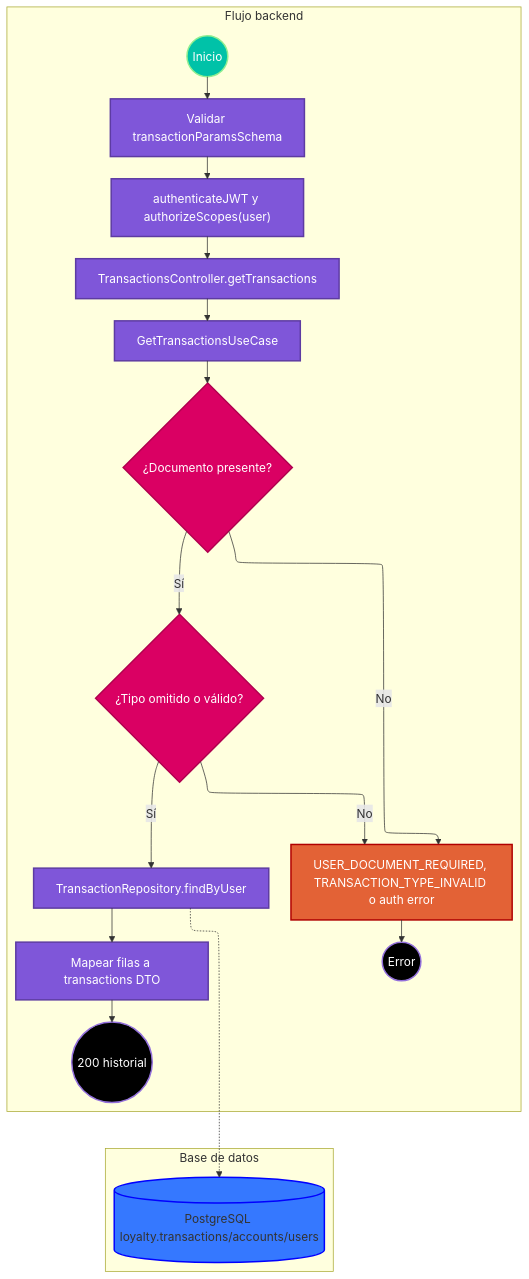
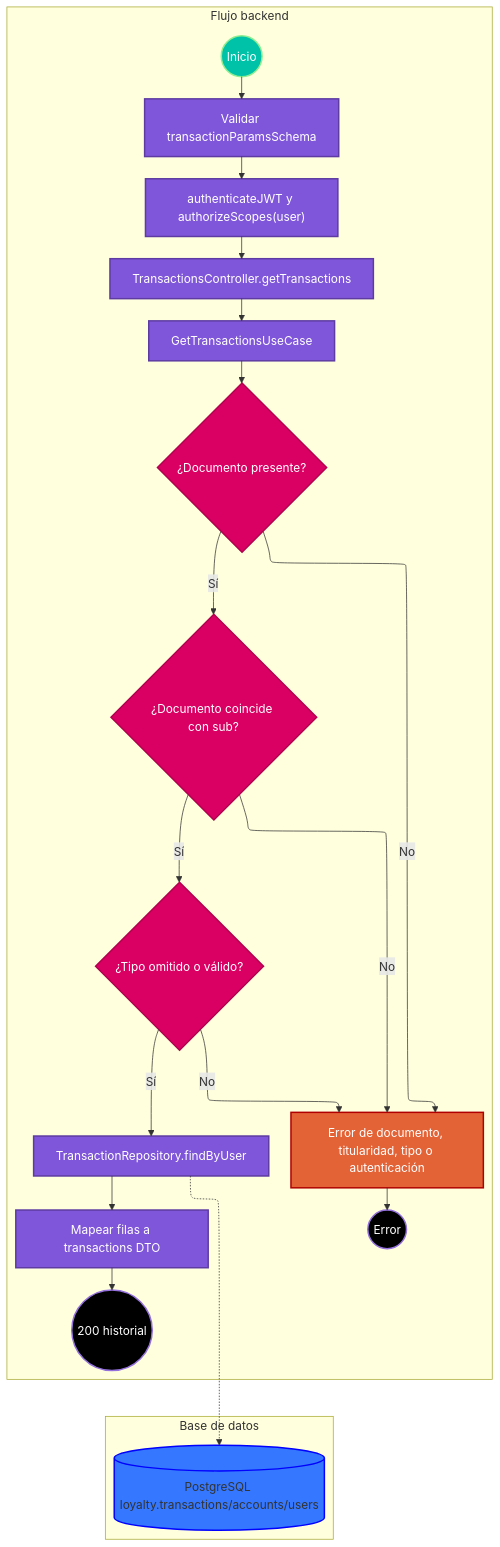
One commit to jac2206/loyalty-backend changed the diagram in docs/use-cases/transacciones/consultar-transacciones.md. Above: the diagram before and after it, drawn with Mermaid. The commit also changed other lines of this file and 10 other files, not shown here.

````diff
--- a/docs/use-cases/transacciones/consultar-transacciones.md
+++ b/docs/use-cases/transacciones/consultar-transacciones.md
@@ -110,38 +110,41 @@
 ```mermaid
 %%{init: { "flowchart": { "defaultRenderer": "elk" } }}%%
 flowchart TB
     classDef statementClass fill:#7f56d9,color:white,stroke:#5d3ba2,stroke-width:2px
     classDef conditionalClass fill:#da0063,color:white,stroke:#b0004e,stroke-width:2px
     classDef inicioClass fill:#00c2a8,color:white,stroke-width:2px,stroke:lightGreen
     classDef finClass fill:black,color:white,stroke-width:2px
     classDef rejectClass fill:#e36236,color:white,stroke:#b00000,stroke-width:2px
     classDef dbClass fill:#3578ff,stroke:blue,stroke-width:2px
     subgraph BACKEND [Flujo backend]
         direction TB
 
         inicio((Inicio)):::inicioClass
         ok((200 historial)):::finClass
         error((Error)):::finClass
         params["Validar transactionParamsSchema"]:::statementClass
         auth["authenticateJWT y authorizeScopes(user)"]:::statementClass
         controller["TransactionsController.getTransactions"]:::statementClass
         caso["GetTransactionsUseCase"]:::statementClass
         doc{"¿Documento presente?"}:::conditionalClass
+        titular{"¿Documento coincide con sub?"}:::conditionalClass
         tipo{"¿Tipo omitido o válido?"}:::conditionalClass
         consulta["TransactionRepository.findByUser"]:::statementClass
         mapea["Mapear filas a transactions DTO"]:::statementClass
-        rechazo["USER_DOCUMENT_REQUIRED, TRANSACTION_TYPE_INVALID o auth error"]:::rejectClass
+        rechazo["Error de documento, titularidad, tipo o autenticación"]:::rejectClass
     end
     subgraph BASE_DE_DATOS [Base de datos]
         direction TB
         db[(PostgreSQL loyalty.transactions/accounts/users)]:::dbClass
     end
 
 
     inicio --> params --> auth --> controller --> caso --> doc
     doc -->|No| rechazo --> error
-    doc -->|Sí| tipo
+    doc -->|Sí| titular
+    titular -->|No| rechazo
+    titular -->|Sí| tipo
     tipo -->|No| rechazo
     tipo -->|Sí| consulta --> mapea --> ok
     consulta -.-> db
 ```
````
